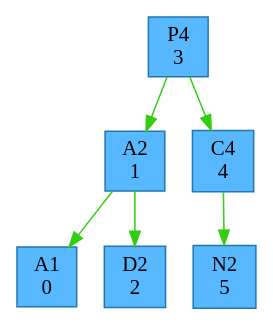
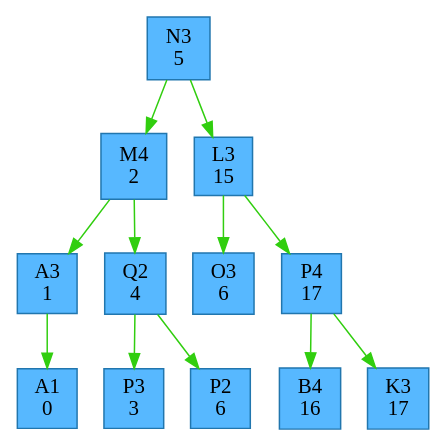
One commit to JuanGio31/sistema-trafico changed the diagram in proyecto-final/archivo.dot. Above: the diagram before and after it, drawn with Graphviz. The commit also changed 12 other files, not shown here.

```diff
--- a/proyecto-final/archivo.dot
+++ b/proyecto-final/archivo.dot
@@ -1,22 +1,40 @@
 digraph G {
    node[shape = square, style = filled, fillcolor = "#57B8FF", color = "#2176AE"];
    edge[color = "#31CEFO"];
-" P4" [label=" P4
-3"];
-" P4" -> " A2";
-" A2" [label=" A2
+" N3" [label=" N3
+5"];
+" N3" -> " M4";
+" M4" [label=" M4
+2"];
+" M4" -> " A3";
+" A3" [label=" A3
 1"];
-" A2" -> " A1";
+" A3" -> " A1";
 " A1" [label=" A1
 0"];
-" A2" -> " D2";
-" D2" [label=" D2
-2"];
-" P4" -> " C4";
-" C4" [label=" C4
+" M4" -> " Q2";
+" Q2" [label=" Q2
 4"];
-" C4" -> " N2";
-" N2" [label=" N2
-5"];
+" Q2" -> " P3";
+" P3" [label=" P3
+3"];
+" Q2" -> " P2";
+" P2" [label=" P2
+6"];
+" N3" -> " L3";
+" L3" [label=" L3
+15"];
+" L3" -> " O3";
+" O3" [label=" O3
+6"];
+" L3" -> " P4";
+" P4" [label=" P4
+17"];
+" P4" -> " B4";
+" B4" [label=" B4
+16"];
+" P4" -> " K3";
+" K3" [label=" K3
+17"];
 
 }
```
